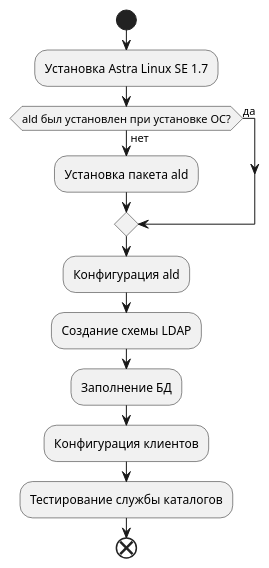
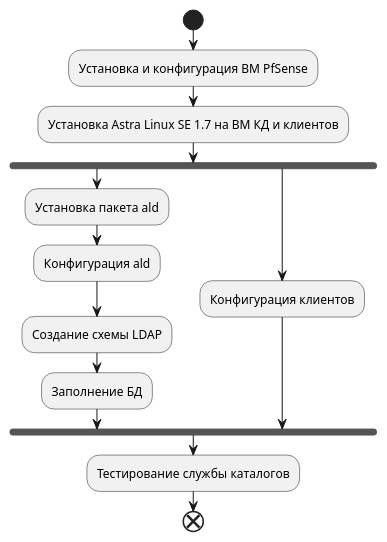
The diagram in model.puml (baksist/thesis-plantuml-diagrams), drawn with PlantUML before and after one commit. The commit also changed 2 other files, not shown here.

```diff
--- a/model.puml
+++ b/model.puml
@@ -1,15 +1,16 @@
 @startuml model
 
 start
-:Установка Astra Linux SE 1.7;
-if (ald был установлен при установке ОС?) then (да)
-else (нет)
+:Установка и конфигурация ВМ PfSense;
+:Установка Astra Linux SE 1.7 на ВМ КД и клиентов;
+fork
 :Установка пакета ald;
-endif
 :Конфигурация ald;
 :Создание схемы LDAP;
 :Заполнение БД;
+fork again
 :Конфигурация клиентов;
+end fork
 :Тестирование службы каталогов;
 end 
 @enduml
```
